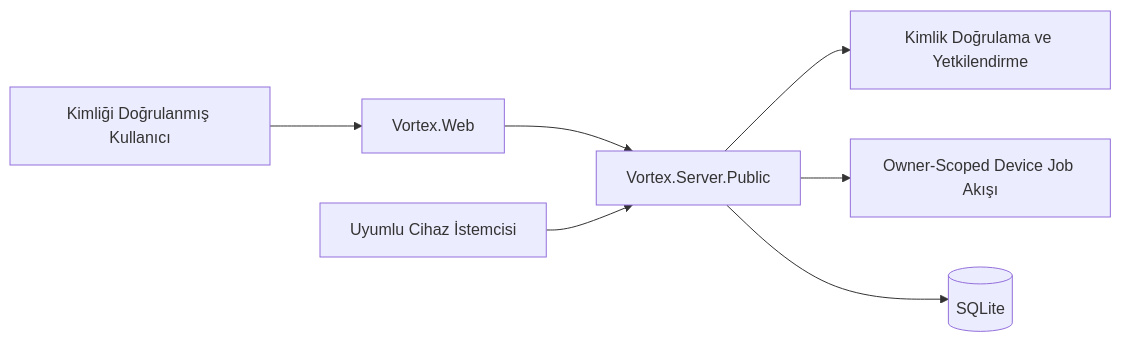
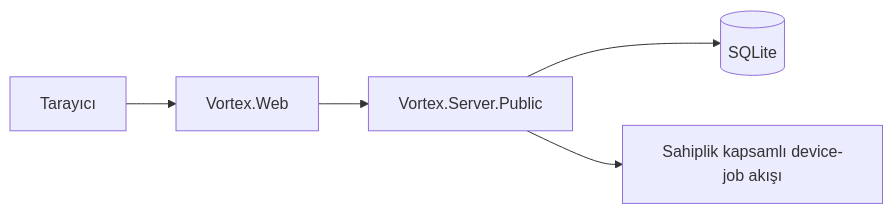
The second of 2 diagrams in README.md (TheRottex/VORTEX-YAPAY-ZEKA-ASISTANI), drawn with Mermaid before and after one commit. The commit also changed other lines of this file and 3 other files, not shown here.

````diff
--- a/README.md
+++ b/README.md
@@ -306,9 +241,7 @@
 ```mermaid
 flowchart LR
-    U[Kimliği Doğrulanmış Kullanıcı] --> W[Vortex.Web]
+    B[Tarayıcı] --> W[Vortex.Web]
     W --> S[Vortex.Server.Public]
-    D[Uyumlu Cihaz İstemcisi] --> S
-    S --> A[Kimlik Doğrulama ve Yetkilendirme]
-    S --> J[Owner-Scoped Device Job Akışı]
     S --> DB[(SQLite)]
+    S --> J[Sahiplik kapsamlı device-job akışı]
 ```
````
